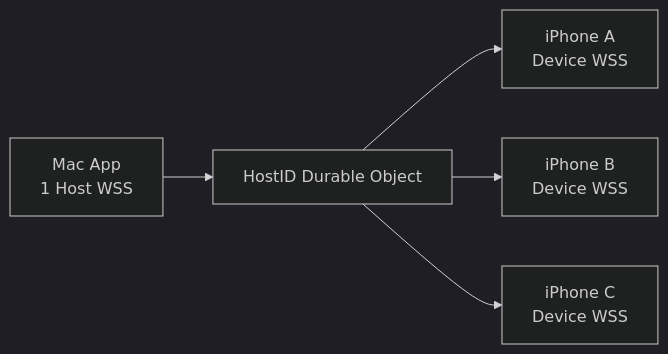
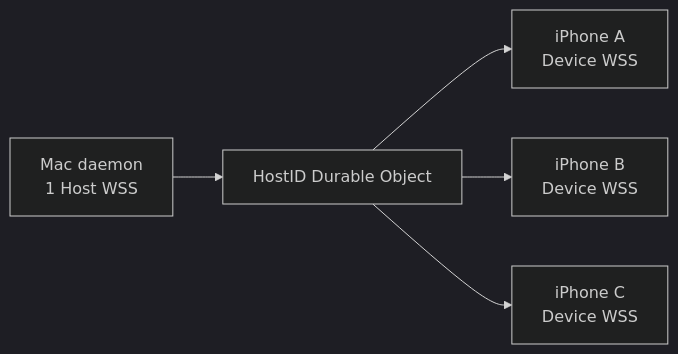
Before and after one commit to AFutureD/Lumi: the first of 2 diagrams in docs/design/relay-pairing-security.md, drawn with Mermaid (dark theme). The commit also changed other lines of this file and 11 other files, not shown here.

````diff
--- a/docs/design/relay-pairing-security.md
+++ b/docs/design/relay-pairing-security.md
@@ -15,7 +15,7 @@
 ```mermaid
 flowchart LR
-    Mac["Mac App<br/>1 Host WSS"] --> DO["HostID Durable Object"]
+    Mac["Mac daemon<br/>1 Host WSS"] --> DO["HostID Durable Object"]
     DO --> A["iPhone A<br/>Device WSS"]
     DO --> B["iPhone B<br/>Device WSS"]
     DO --> C["iPhone C<br/>Device WSS"]
 ```
````
